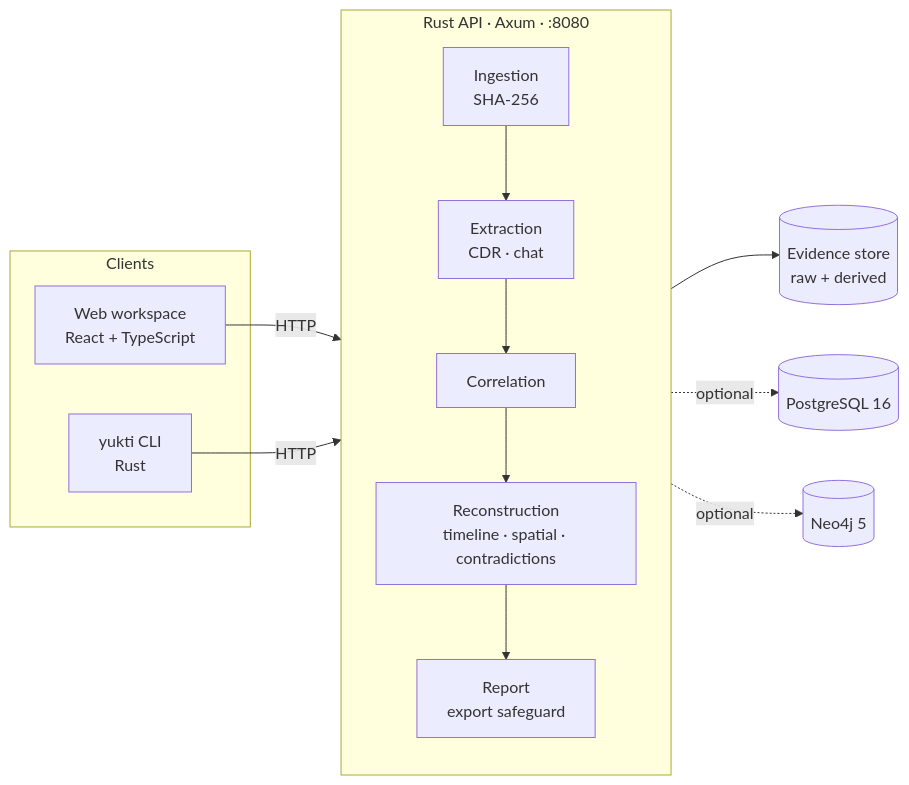
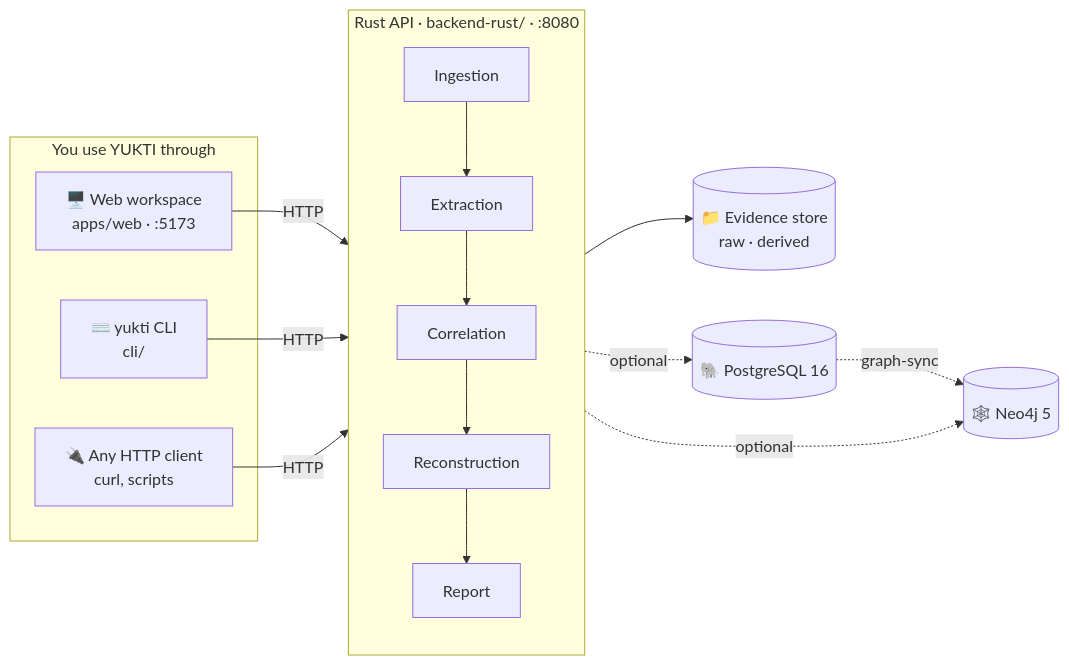
One commit to NotKrish019/SutramPrototype changed the first of 7 diagrams in README.md. Above: the diagram before and after it, drawn with Mermaid. The commit also changed other lines of this file and 1 other file, not shown here.

First line of the commit message:
docs(readme): full usage guide with cover image and diagrams

````diff
--- a/README.md
+++ b/README.md
@@ -42,18 +58,19 @@
 ```mermaid
 flowchart LR
-    subgraph Clients
-        W[Web workspace<br/>React + TypeScript]
-        C[yukti CLI<br/>Rust]
+    subgraph Clients["You use YUKTI through"]
+        W["🖥️ Web workspace<br/>apps/web · :5173"]
+        C["⌨️ yukti CLI<br/>cli/"]
+        H["🔌 Any HTTP client<br/>curl, scripts"]
     end
-    subgraph API[Rust API · Axum · :8080]
-        I[Ingestion<br/>SHA-256] --> E[Extraction<br/>CDR · chat]
-        E --> R[Correlation]
-        R --> T[Reconstruction<br/>timeline · spatial · contradictions]
-        T --> P[Report<br/>export safeguard]
+    subgraph API["Rust API · backend-rust/ · :8080"]
+        direction TB
+        I["Ingestion"] --> E["Extraction"] --> R["Correlation"] --> T["Reconstruction"] --> P["Report"]
     end
-    W -->|HTTP| API
-    C -->|HTTP| API
-    API --> FS[(Evidence store<br/>raw + derived)]
-    API -.optional.-> PG[(PostgreSQL 16)]
-    API -.optional.-> N4[(Neo4j 5)]
+    W -- HTTP --> API
+    C -- HTTP --> API
+    H -- HTTP --> API
+    API --> FS[("📁 Evidence store<br/>raw · derived")]
+    API -. optional .-> PG[("🐘 PostgreSQL 16")]
+    API -. optional .-> N4[("🕸️ Neo4j 5")]
+    PG -. graph-sync .-> N4
 ```
````
